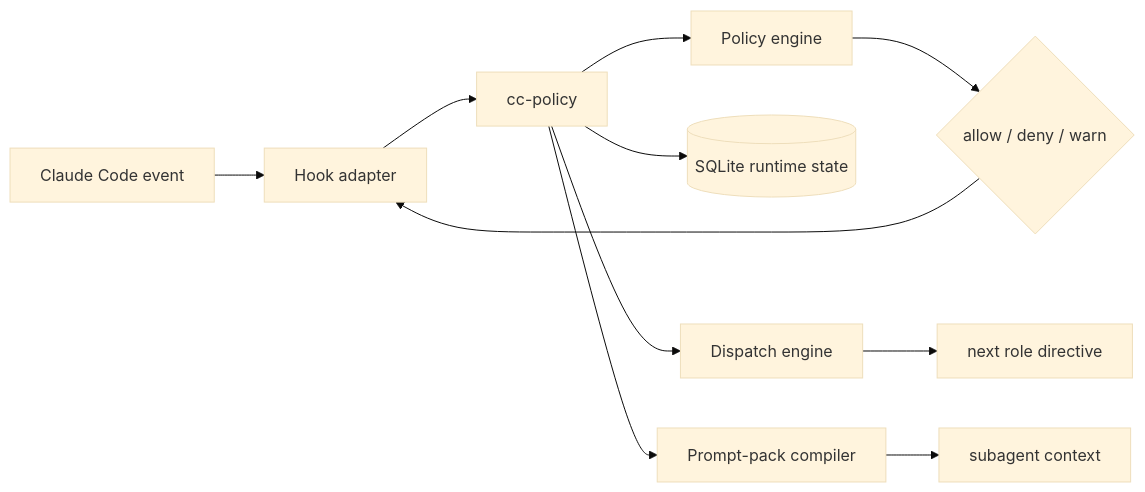
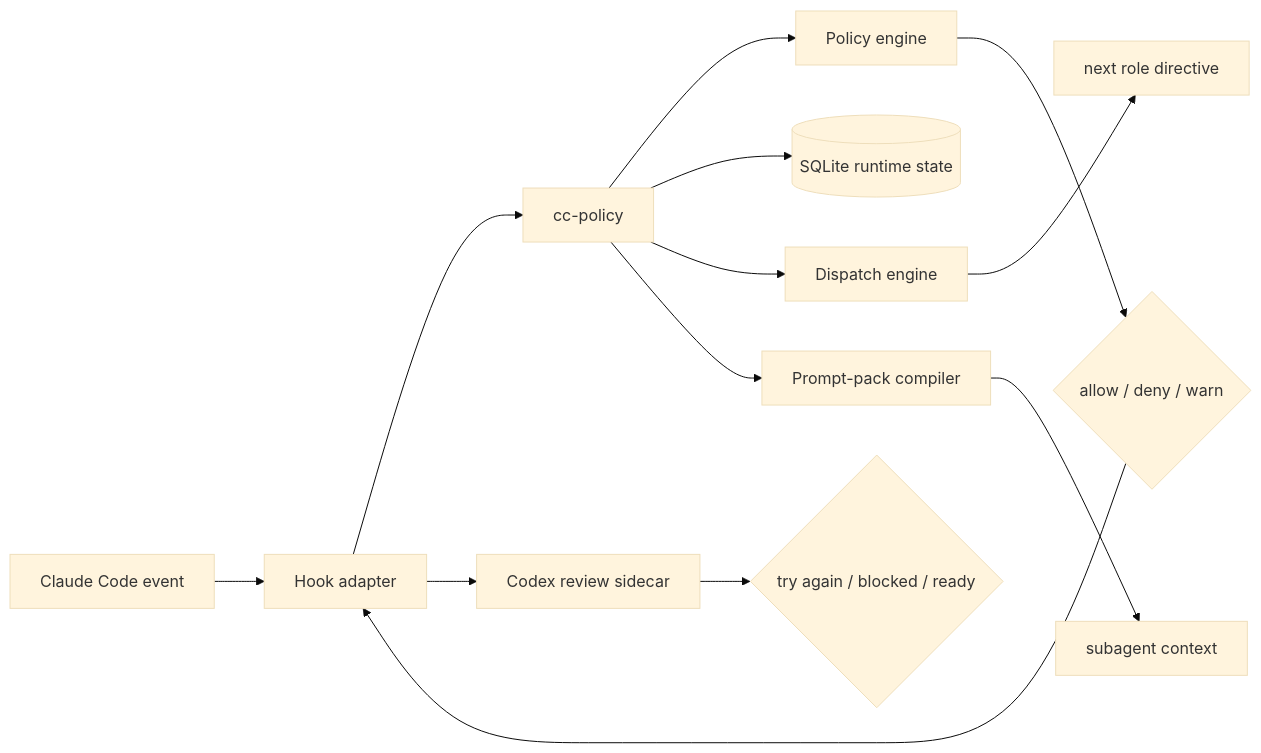
Before and after one commit to juanandresgs/claude-ctrl: the second of 2 diagrams in README.md, drawn with Mermaid (base theme). The commit also changed other lines of this file and 122 other files, not shown here.

````diff
--- a/README.md
+++ b/README.md
@@ -141,14 +171,16 @@
 ```mermaid
 flowchart LR
     C["Claude Code event"] --> H["Hook adapter"]
     H --> CLI["cc-policy"]
     CLI --> PE["Policy engine"]
     CLI --> DB[("SQLite runtime state")]
     CLI --> DE["Dispatch engine"]
     CLI --> PP["Prompt-pack compiler"]
+    H --> CR["Codex review sidecar"]
 
     PE --> D{"allow / deny / warn"}
     D --> H
     DE --> N["next role directive"]
     PP --> A["subagent context"]
+    CR --> RV{"try again / blocked / ready"}
 ```
````
